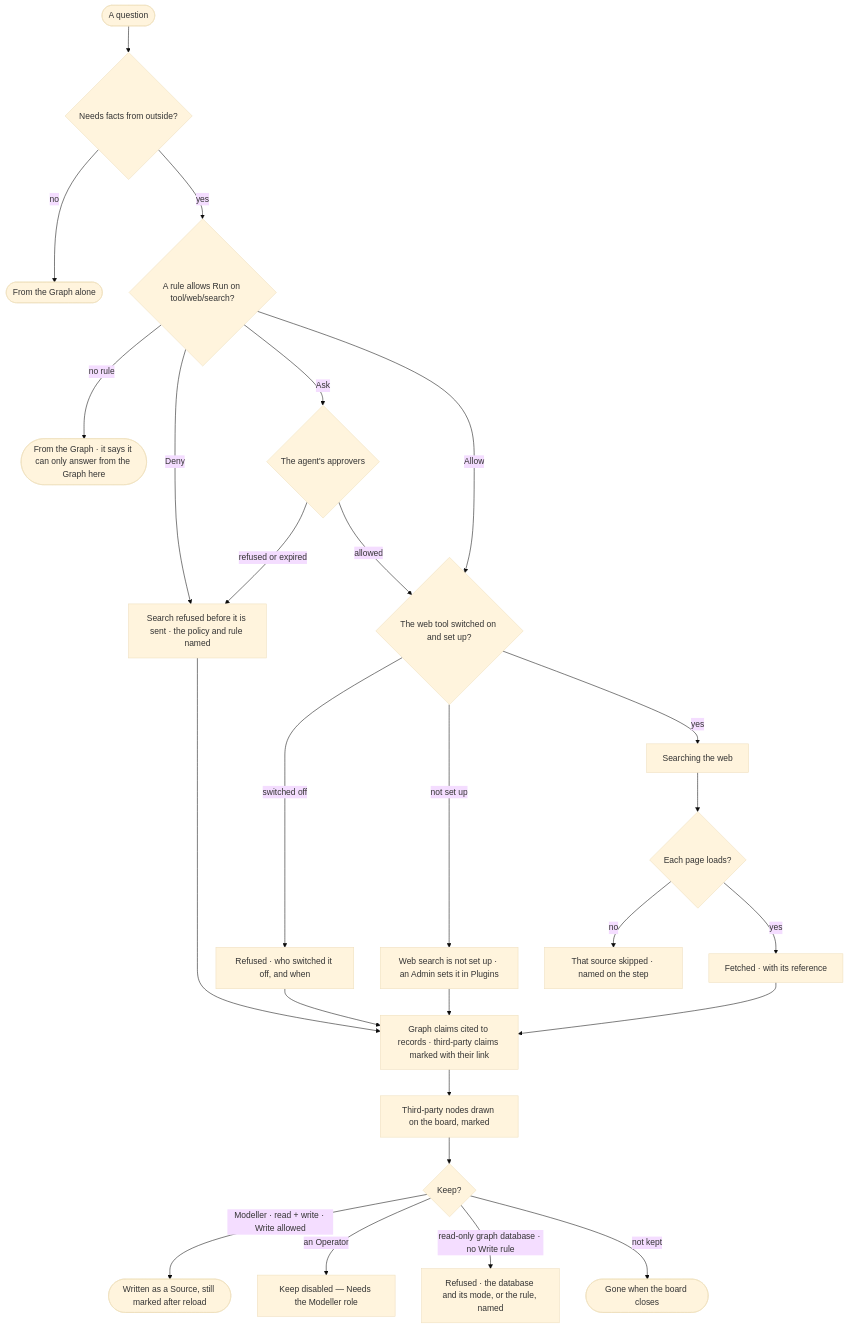
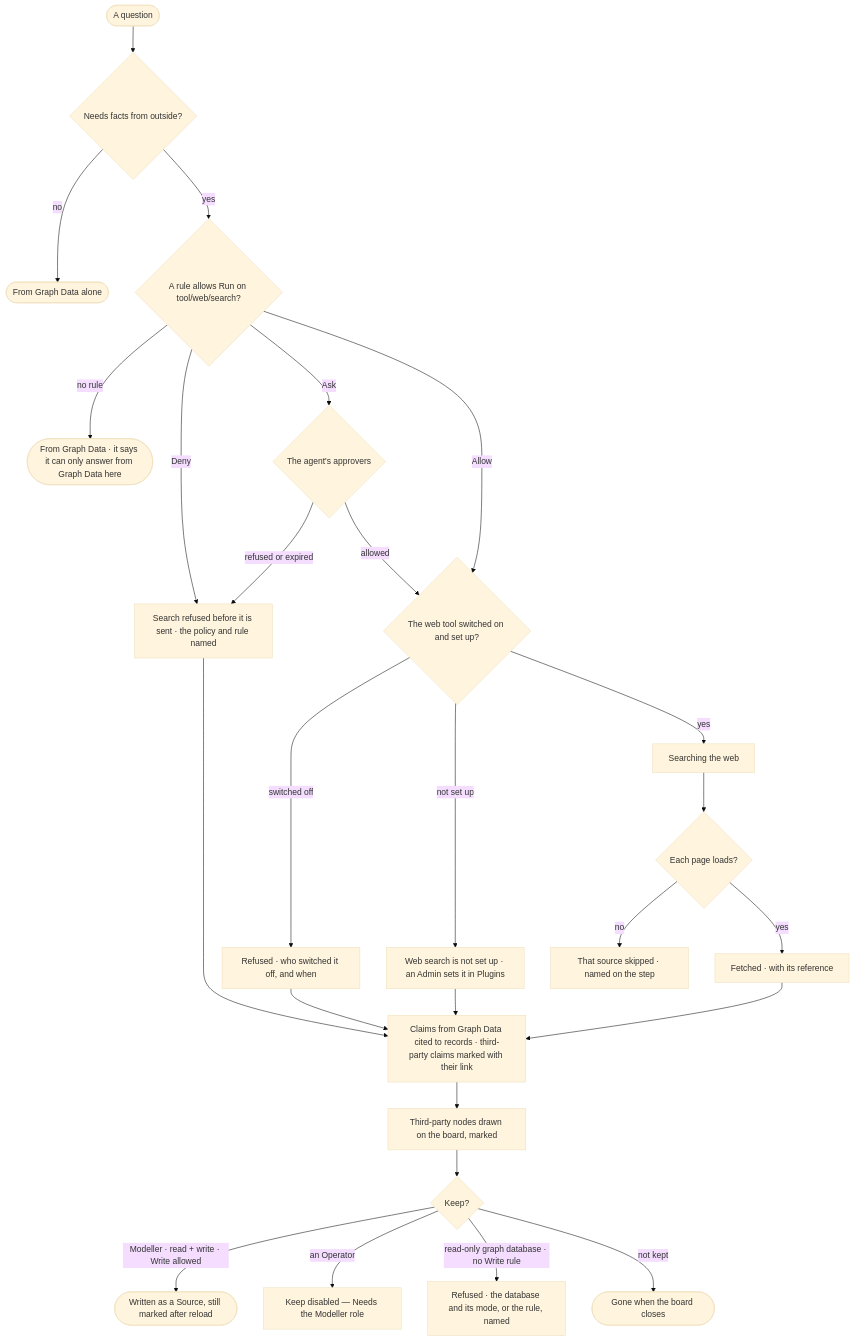
Before and after one commit to invana/invana: the diagram in specs/capabilities/explore/features/EX-F05-when-it-cannot-answer-and-how-it-reasons/stories/EX-26-facts-from-beyond-the-graph/story.md, drawn with Mermaid (base theme). The commit also changed other lines of this file and 69 other files, not shown here.

First line of the commit message:
feat(specs): retire Graph as an object — Graph Data is the screen word

````diff
--- a/specs/capabilities/explore/features/EX-F05-when-it-cannot-answer-and-how-it-reasons/stories/EX-26-facts-from-beyond-the-graph/story.md
+++ b/specs/capabilities/explore/features/EX-F05-when-it-cannot-answer-and-how-it-reasons/stories/EX-26-facts-from-beyond-the-graph/story.md
@@ -29,28 +29,28 @@
 ```mermaid
 flowchart TD
   a([A question]) --> b{Needs facts from outside?}
-  b -->|no| g([From the Graph alone])
+  b -->|no| g([From Graph Data alone])
   b -->|yes| c{"A rule allows Run on tool/web/search?"}
-  c -->|no rule| g2(["From the Graph · it says it can only answer from the Graph here"])
+  c -->|no rule| g2(["From Graph Data · it says it can only answer from Graph Data here"])
   c -->|Deny| r["Search refused before it is sent · the policy and rule named"]
   c -->|Ask| ap{The agent's approvers}
   ap -->|refused or expired| r
   ap -->|allowed| on
   c -->|Allow| on{The web tool switched on and set up?}
   on -->|switched off| off["Refused · who switched it off, and when"]
   on -->|not set up| ns["Web search is not set up · an Admin sets it in Plugins"]
   on -->|yes| s["Searching the web"]
   s --> f{Each page loads?}
   f -->|no| sk["That source skipped · named on the step"]
   f -->|yes| h["Fetched · with its reference"]
-  h --> ans["Graph claims cited to records · third-party claims marked with their link"]
+  h --> ans["Claims from Graph Data cited to records · third-party claims marked with their link"]
   r --> ans
   off --> ans
   ns --> ans
   ans --> n["Third-party nodes drawn on the board, marked"]
   n --> k{Keep?}
   k -->|Modeller · read + write · Write allowed| kp(["Written as a Source, still marked after reload"])
   k -->|an Operator| na["Keep disabled — Needs the Modeller role"]
   k -->|read-only graph database · no Write rule| kr["Refused · the database and its mode, or the rule, named"]
   k -->|not kept| gone([Gone when the board closes])
 ```
````
